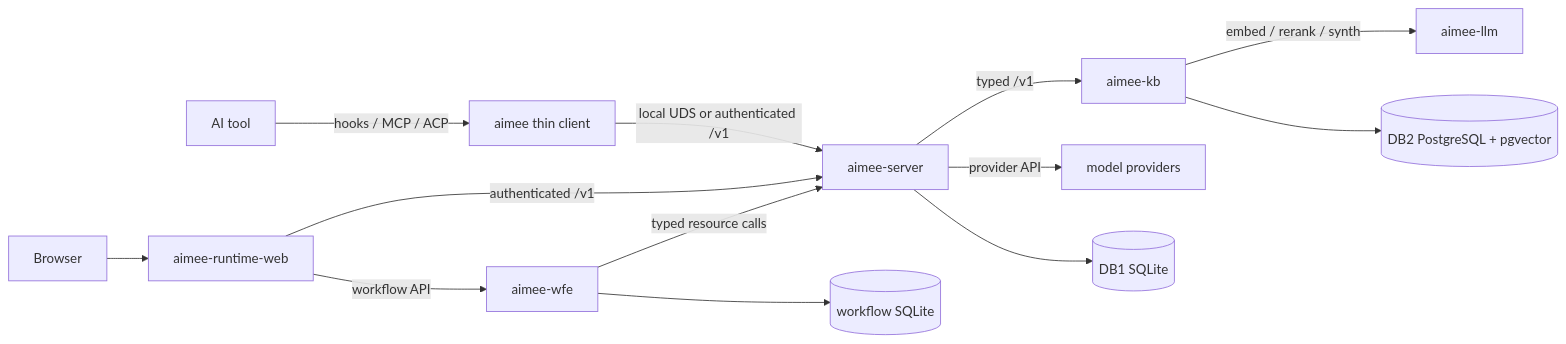
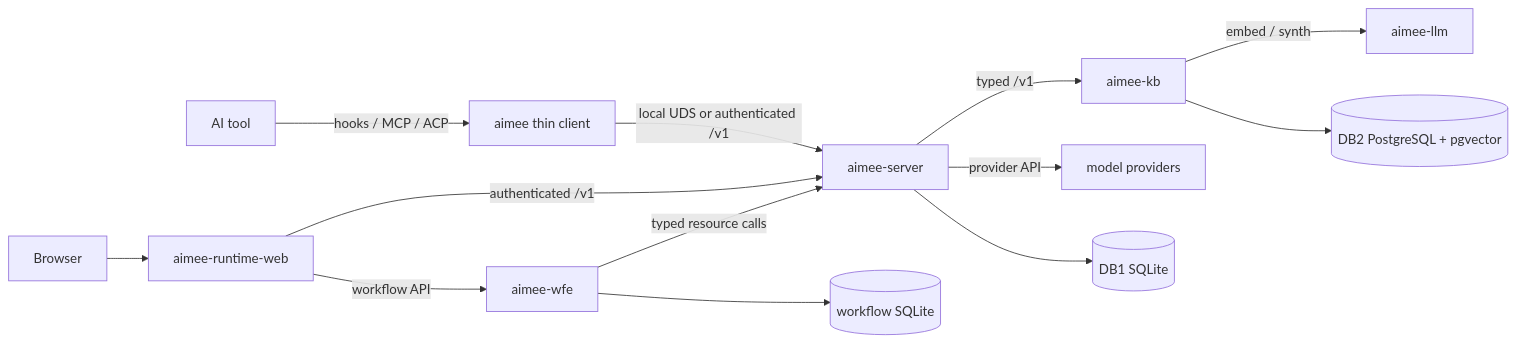
One commit to RakuenSoftware/aimee changed the first of 2 diagrams in docs/ARCHITECTURE.md. Above: the diagram before and after it, drawn with Mermaid. The commit also changed other lines of this file and 71 other files, not shown here.

````diff
--- a/docs/ARCHITECTURE.md
+++ b/docs/ARCHITECTURE.md
@@ -9,15 +9,15 @@
 ```mermaid
 flowchart LR
     T[AI tool] -->|hooks / MCP / ACP| C[aimee thin client]
     B[Browser] --> W[aimee-runtime-web]
     C -->|local UDS or authenticated /v1| S[aimee-server]
     W -->|authenticated /v1| S
     W -->|workflow API| F[aimee-wfe]
     F -->|typed resource calls| S
     S -->|typed /v1| K[aimee-kb]
     S -->|provider API| P[model providers]
-    K -->|embed / rerank / synth| L[aimee-llm]
+    K -->|embed / synth| L[aimee-llm]
     S --> D1[(DB1 SQLite)]
     F --> WF[(workflow SQLite)]
     K --> D2[(DB2 PostgreSQL + pgvector)]
 ```
````
